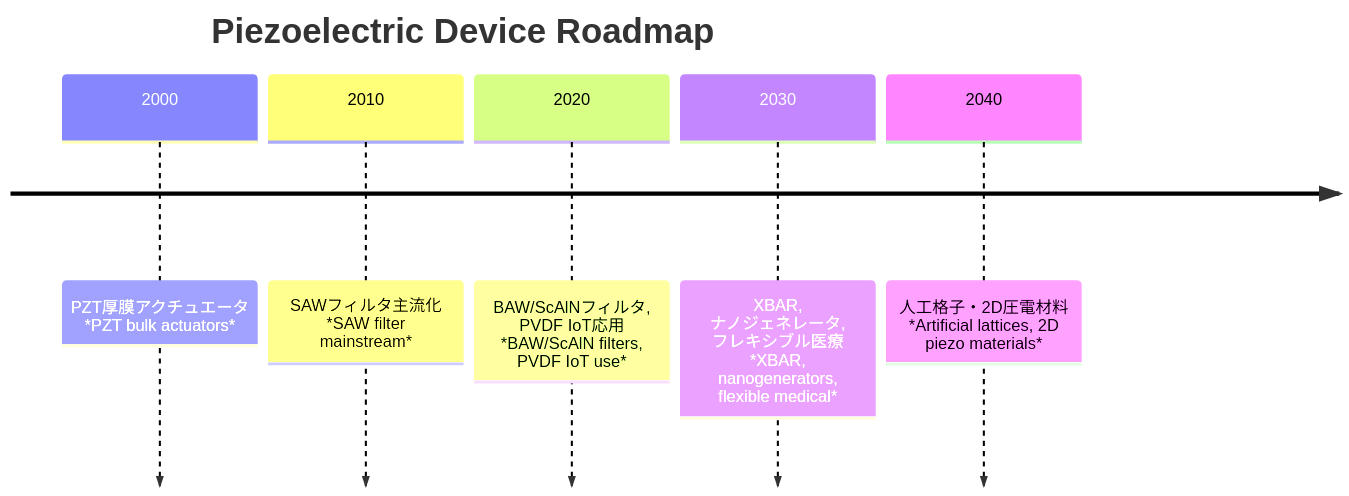
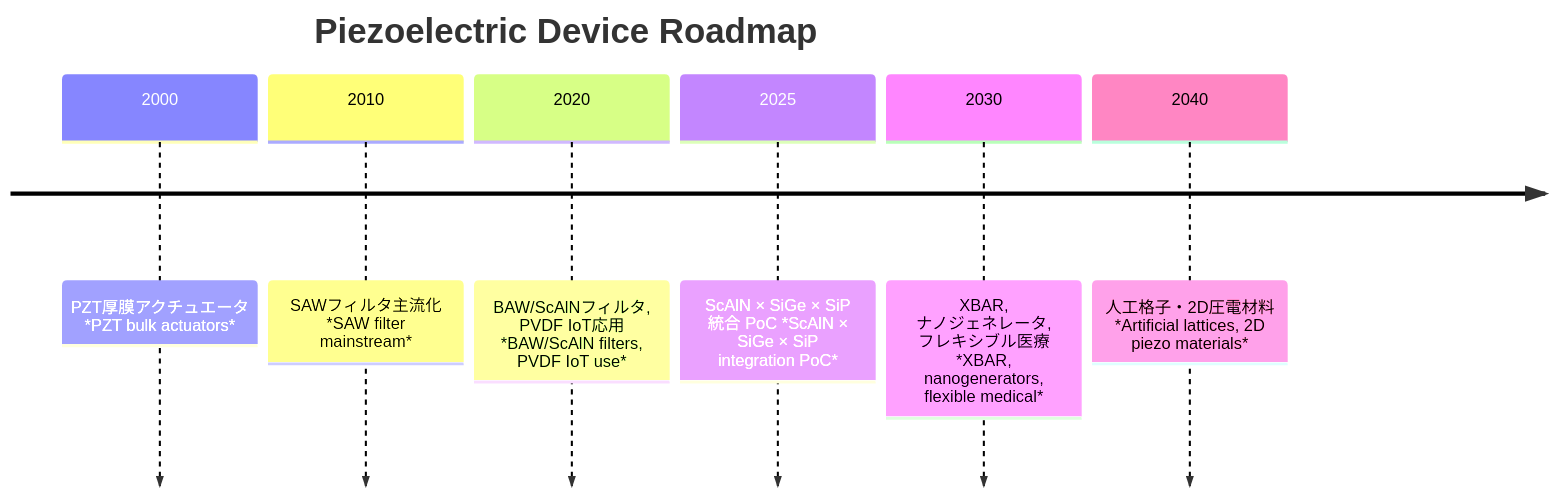
The diagram in applied-devices/piezo-devices/roadmap.md (Samizo-AITL/Edusemi-Plus), drawn with Mermaid before and after one commit. The commit also changed other lines of this file, not shown here.

````diff
--- a/applied-devices/piezo-devices/roadmap.md
+++ b/applied-devices/piezo-devices/roadmap.md
@@ -37,9 +37,10 @@
 ```mermaid
 timeline
   title Piezoelectric Device Roadmap
   2000 : PZT厚膜アクチュエータ *PZT bulk actuators*
   2010 : SAWフィルタ主流化 *SAW filter mainstream*
   2020 : BAW/ScAlNフィルタ, PVDF IoT応用 *BAW/ScAlN filters, PVDF IoT use*
+  2025 : ScAlN × SiGe × SiP 統合 PoC *ScAlN × SiGe × SiP integration PoC*
   2030 : XBAR, ナノジェネレータ, フレキシブル医療 *XBAR, nanogenerators, flexible medical*
   2040 : 人工格子・2D圧電材料 *Artificial lattices, 2D piezo materials*
 ```
````
